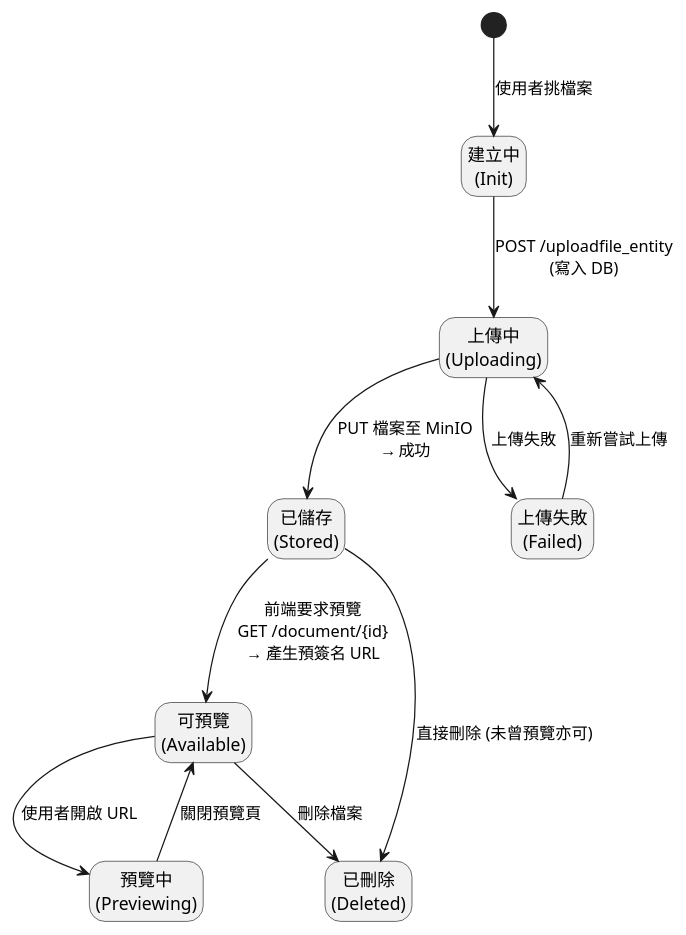
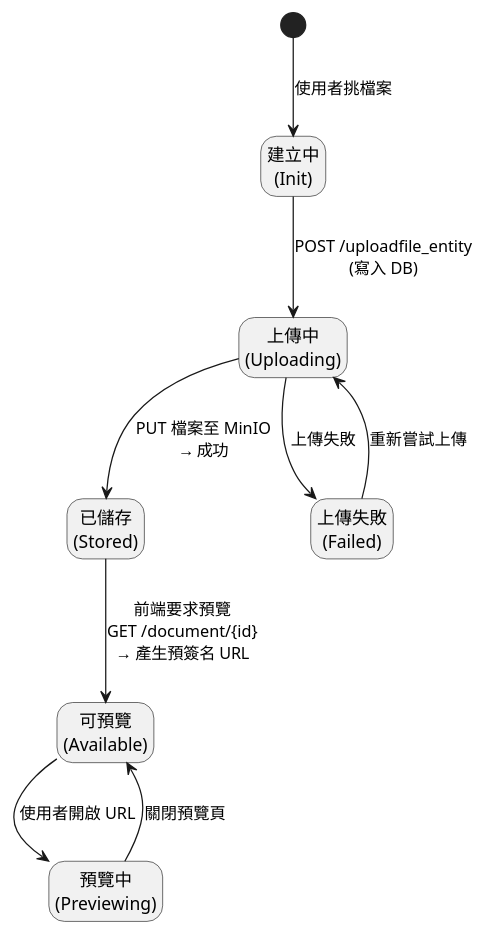
The diagram in plantUML/state/file.puml (walle45611/NTUB_SecuManag_Diagram), drawn with PlantUML before and after one commit. The commit also changed 4 other files, not shown here.

Commit message:
(feat): 更新資產、資產設定、風險及威脅/弱點的狀態圖，調整封存與刪除的描述 (#62)

```diff
--- a/plantUML/state/file.puml
+++ b/plantUML/state/file.puml
@@ -1,28 +1,25 @@
 @startuml
 
 hide empty description
 
 [*] --> Init : 使用者挑檔案
 state "建立中\n(Init)" as Init <<inprogress>>
 
 Init --> Uploading : POST /uploadfile_entity\n(寫入 DB)
 state "上傳中\n(Uploading)" as Uploading <<inprogress>>
 
 Uploading --> Stored : PUT 檔案至 MinIO\n→ 成功
 Uploading --> Failed : 上傳失敗
 state "上傳失敗\n(Failed)" as Failed <<error>>
 Failed --> Uploading : 重新嘗試上傳
 
 state "已儲存\n(Stored)" as Stored <<stored>>
 
 Stored --> Available : 前端要求預覽\nGET /document/{id}\n→ 產生預簽名 URL
 state "可預覽\n(Available)" as Available <<ready>>
 
 Available --> Previewing : 使用者開啟 URL
 state "預覽中\n(Previewing)" as Previewing <<preview>>
 Previewing --> Available : 關閉預覽頁
 
-Available --> Deleted : 刪除檔案
-Stored --> Deleted    : 直接刪除 (未曾預覽亦可)
-state "已刪除\n(Deleted)" as Deleted <<terminal>>
 @enduml
```
